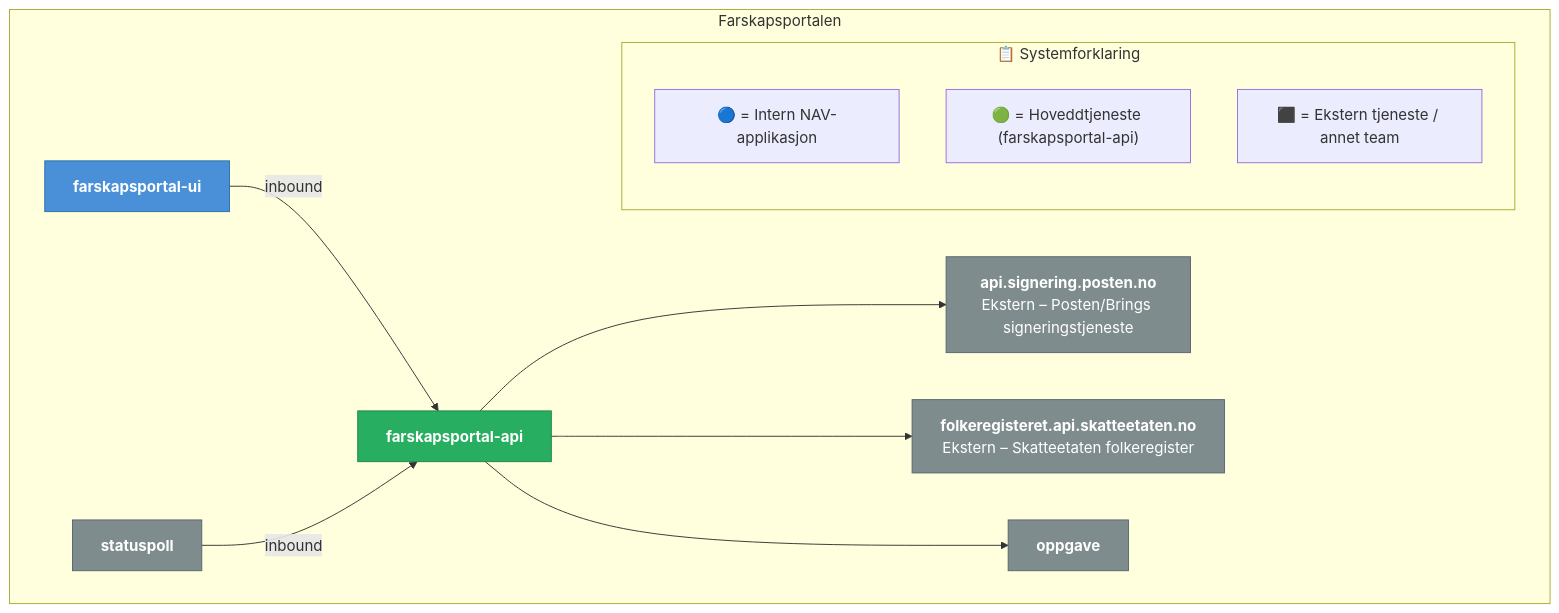
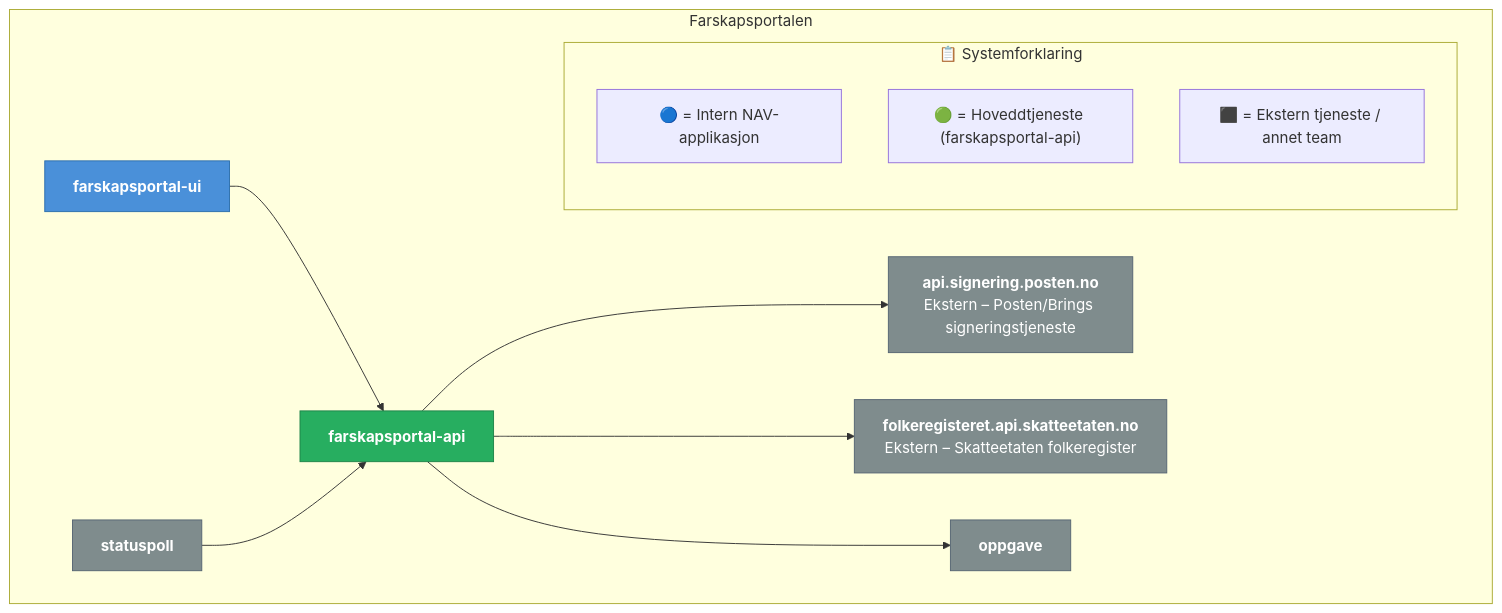
Before and after one commit to navikt/bidrag-dokumentasjon: the diagram in dokumentasjon/systemdokumentasjon/farskapsportalen.mermaid, drawn with Mermaid.

Commit message:
Fjerner inbound fra farkapsportalendiagrammet

```diff
--- a/dokumentasjon/systemdokumentasjon/farskapsportalen.mermaid
+++ b/dokumentasjon/systemdokumentasjon/farskapsportalen.mermaid
@@ -1,32 +1,32 @@
 ---
 config:
   layout: dagre
 ---
 graph LR
     subgraph Farskapsportalen
         direction LR
         classDef internal fill: #4A90D9, color: #fff, stroke: #2c6fad
         classDef external fill: #7F8C8D, color: #fff, stroke: #566573
         classDef api fill: #27AE60, color: #fff, stroke: #1e8449
         FarskapsportalenUi["<b>farskapsportal-ui</b><br/>"]
         FarskapsportalenApi["<b>farskapsportal-api</b><br/>"]:::api
         Statuspoll["<b>statuspoll</b><br/>"]:::external
         Oppgave["<b>oppgave</b><br/>"]:::external
         Signering["<b>api.signering.posten.no</b><br/>Ekstern – Posten/Brings signeringstjeneste"]:::external
         Folkeregisteret["<b>folkeregisteret.api.skatteetaten.no</b><br/>Ekstern – Skatteetaten folkeregister"]:::external
-        FarskapsportalenUi -->|inbound| FarskapsportalenApi
-        Statuspoll -->|inbound| FarskapsportalenApi
+        FarskapsportalenUi --> FarskapsportalenApi
+        Statuspoll --> FarskapsportalenApi
         FarskapsportalenApi --> Signering
         FarskapsportalenApi --> Folkeregisteret
         FarskapsportalenApi --> Oppgave
         class FarskapsportalenUi internal
         class FarskapsportalenApi api
         click FarskapsportalenUi visApplikasjon "Åpne applikasjonsbeskrivelse"
         click FarskapsportalenApi visApplikasjon "Åpne applikasjonsbeskrivelse"
 
         subgraph Legend["📋 Systemforklaring"]
             LegendInternal["🔵 = Intern NAV-applikasjon"]
             LegendApi["🟢 = Hoveddtjeneste (farskapsportal-api)"]
             LegendExternal["⬛ = Ekstern tjeneste / annet team"]
         end
     end
```
